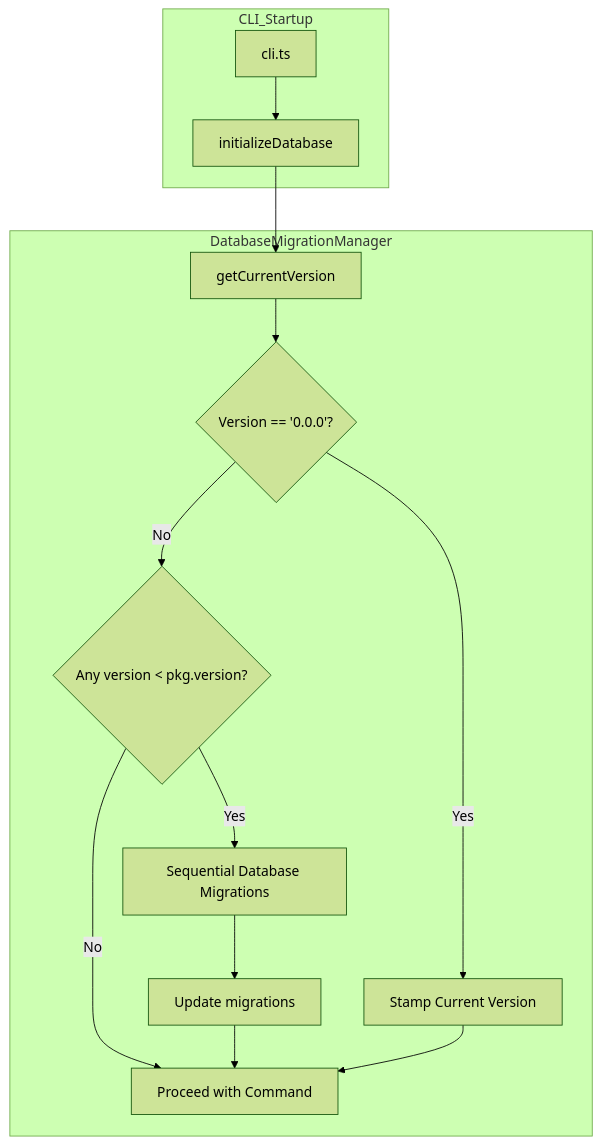
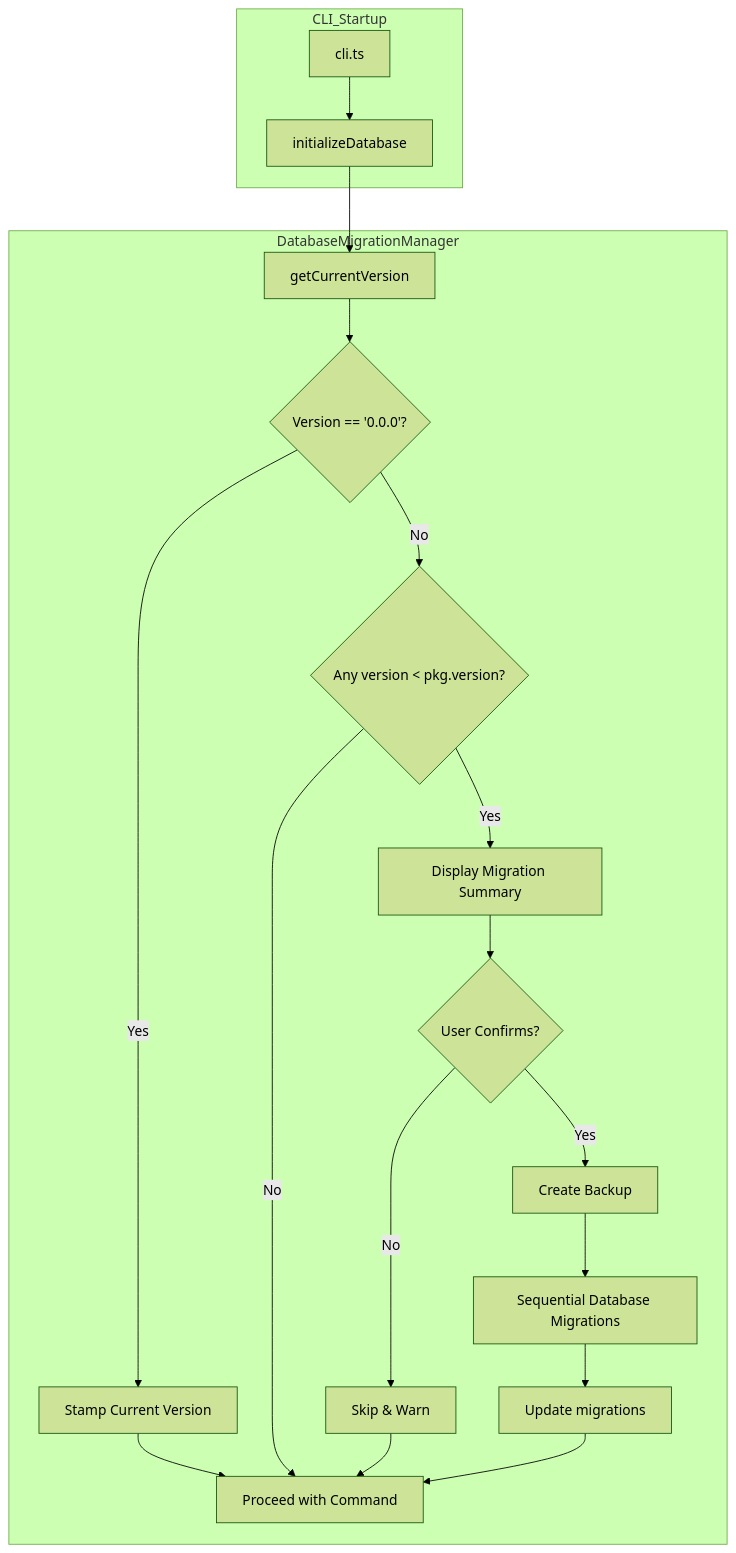
The diagram in docs/05-internals/06-database-migrations.md (kevinchatham/tressi), drawn with Mermaid (forest theme) before and after one commit. The commit also changed other lines of this file and 84 other files, not shown here.

````diff
--- a/docs/05-internals/06-database-migrations.md
+++ b/docs/05-internals/06-database-migrations.md
@@ -11,18 +11,23 @@
 ```mermaid
 graph TD
     subgraph CLI_Startup
         A[cli.ts] --> B[initializeDatabase]
     end
 
     subgraph DatabaseMigrationManager
         B --> C[getCurrentVersion]
         C --> D{Version == '0.0.0'?}
         D -- Yes --> E[Stamp Current Version]
         D -- No --> F{Any version < pkg.version?}
         F -- No --> G[Proceed with Command]
-        F -- Yes --> H[Sequential Database Migrations]
-        H --> I[Update migrations]
-        I --> G
+        F -- Yes --> H[Display Migration Summary]
+        H --> I{User Confirms?}
+        I -- No --> J[Skip & Warn]
+        I -- Yes --> K[Create Backup]
+        K --> L[Sequential Database Migrations]
+        L --> M[Update migrations]
+        M --> G
         E --> G
+        J --> G
     end
 ```
````
